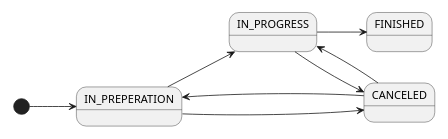
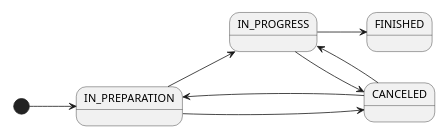
Before and after one commit to htl-leonding-project/2022-4ahif-autohaus: the diagram in asciidocs/plantuml/state_diagram_tournament.puml, drawn with PlantUML. The commit also changed 4 other files, not shown here.

```diff
--- a/asciidocs/plantuml/state_diagram_tournament.puml
+++ b/asciidocs/plantuml/state_diagram_tournament.puml
@@ -1,20 +1,20 @@
 @startuml
 left to right direction
 
 scale 350 width
-[*] --> IN_PREPERATION
-IN_PREPERATION --> IN_PROGRESS
+[*] --> IN_PREPARATION
+IN_PREPARATION --> IN_PROGRESS
 IN_PROGRESS --> FINISHED
 IN_PROGRESS --> CANCELED
-IN_PREPERATION --> CANCELED
-CANCELED --> IN_PREPERATION
+IN_PREPARATION --> CANCELED
+CANCELED --> IN_PREPARATION
 CANCELED --> IN_PROGRESS
 
-state IN_PREPERATION
+state IN_PREPARATION
 
 state IN_PROGRESS
 
 state FINISHED
 
 state CANCELED
 @enduml
```
